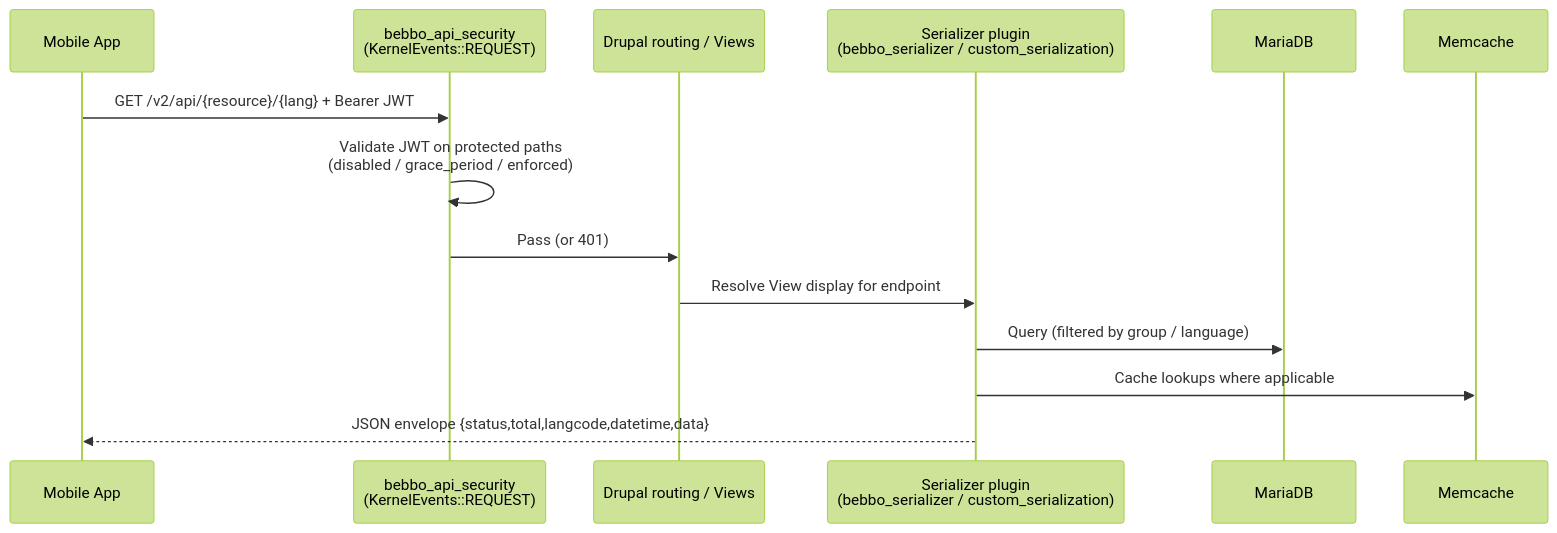
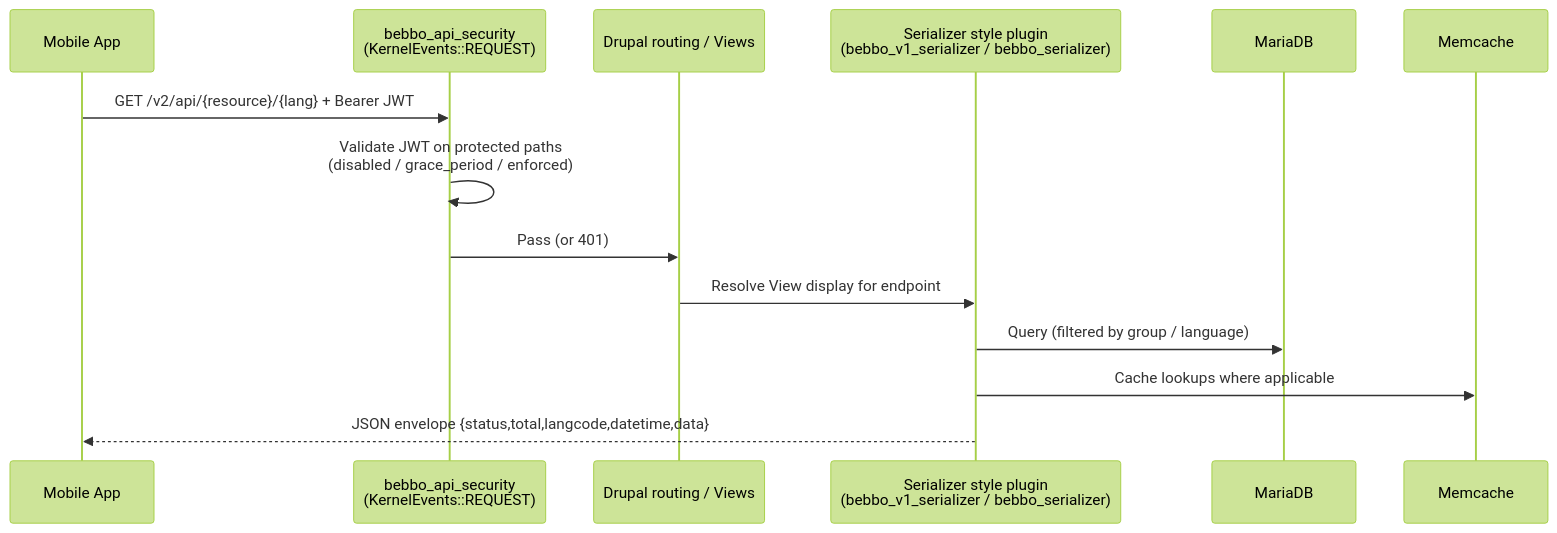
Before and after one commit to jaydevb/parenting-app-bebbo-CMS: the sixth of 6 diagrams in docs/ARCHITECTURE.md, drawn with Mermaid (forest theme). The commit also changed other lines of this file and 8 other files, not shown here.

````diff
--- a/docs/ARCHITECTURE.md
+++ b/docs/ARCHITECTURE.md
@@ -285,17 +299,17 @@
 ```mermaid
 sequenceDiagram
     participant App as Mobile App
     participant Sec as bebbo_api_security<br/>(KernelEvents::REQUEST)
     participant Route as Drupal routing / Views
-    participant Ser as Serializer plugin<br/>(bebbo_serializer / custom_serialization)
+    participant Ser as Serializer style plugin<br/>(bebbo_v1_serializer / bebbo_serializer)
     participant DB as MariaDB
     participant MC as Memcache
 
     App->>Sec: GET /v2/api/{resource}/{lang} + Bearer JWT
     Sec->>Sec: Validate JWT on protected paths<br/>(disabled / grace_period / enforced)
     Sec->>Route: Pass (or 401)
     Route->>Ser: Resolve View display for endpoint
     Ser->>DB: Query (filtered by group / language)
     Ser->>MC: Cache lookups where applicable
     Ser-->>App: JSON envelope {status,total,langcode,datetime,data}
 ```
````
